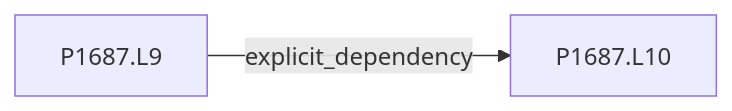
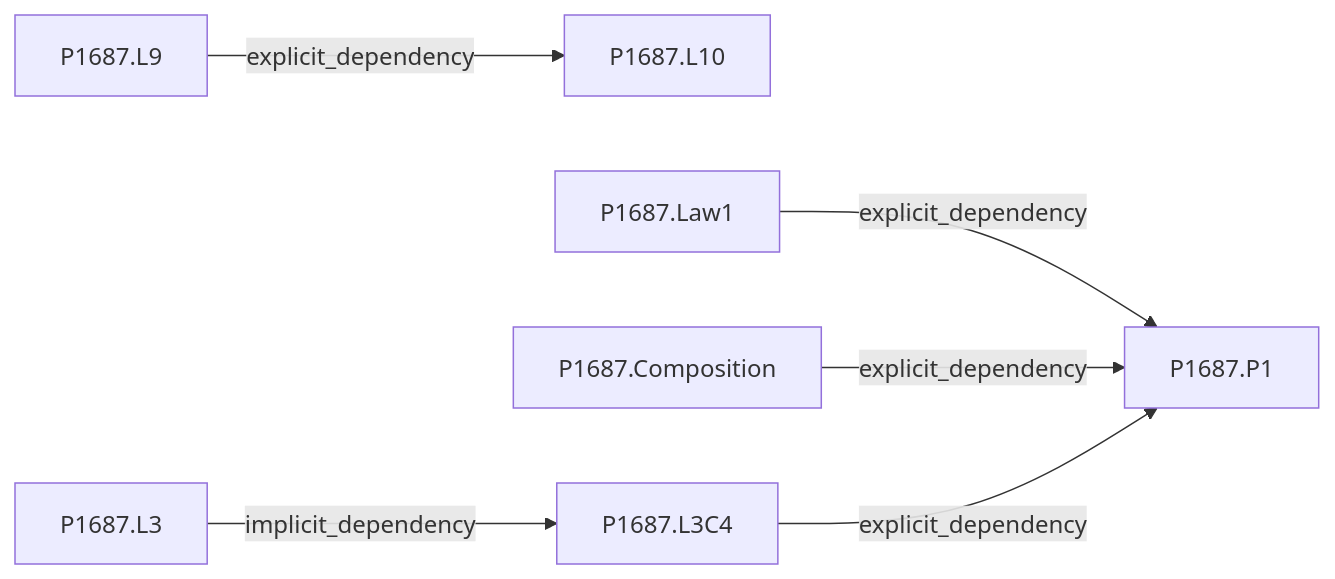
Before and after one commit to arivero/newtonlean: the first of 6 diagrams in research/graphs.md, drawn with Mermaid. The commit also changed other lines of this file and 10 other files, not shown here.

````diff
--- a/research/graphs.md
+++ b/research/graphs.md
@@ -7,6 +7,15 @@
 ```mermaid
 flowchart LR
   n3["P1687.L9"]
   n4["P1687.L10"]
+  n10["P1687.P1"]
+  n11["P1687.L3"]
+  n12["P1687.L3C4"]
+  n13["P1687.Law1"]
+  n14["P1687.Composition"]
   n3 -->|explicit_dependency| n4
+  n13 -->|explicit_dependency| n10
+  n14 -->|explicit_dependency| n10
+  n12 -->|explicit_dependency| n10
+  n11 -->|implicit_dependency| n12
 ```
````
